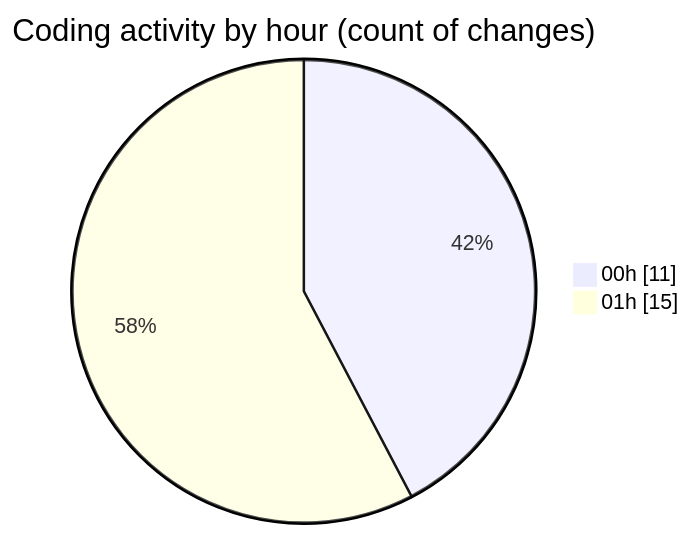
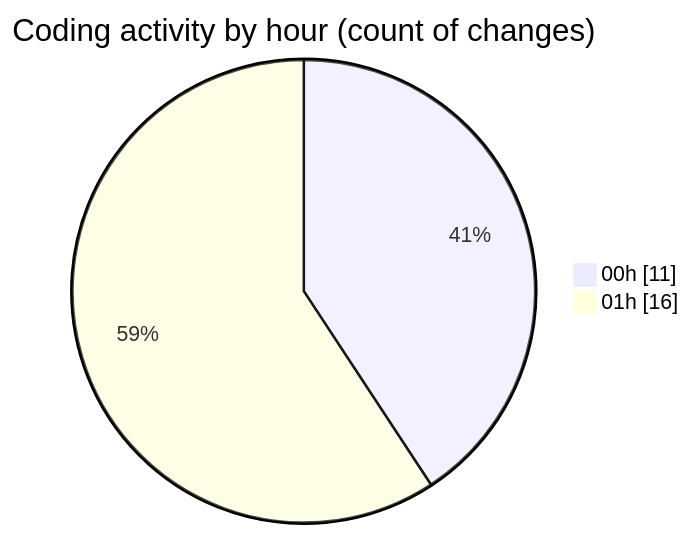
Before and after one commit to julien-gomy/code-tracking: the second of 2 diagrams in 2025-10-11/eventscop-frontend-guide__workspace_/README.md, drawn with Mermaid. The commit also changed other lines of this file and 1 other file, not shown here.

````diff
--- a/2025-10-11/eventscop-frontend-guide__workspace_/README.md
+++ b/2025-10-11/eventscop-frontend-guide__workspace_/README.md
@@ -37,6 +37,6 @@
 ```mermaid
 pie showData
 title Coding activity by hour (count of changes)
 "00h" : 11
-"01h" : 15
+"01h" : 16
 ```
````
